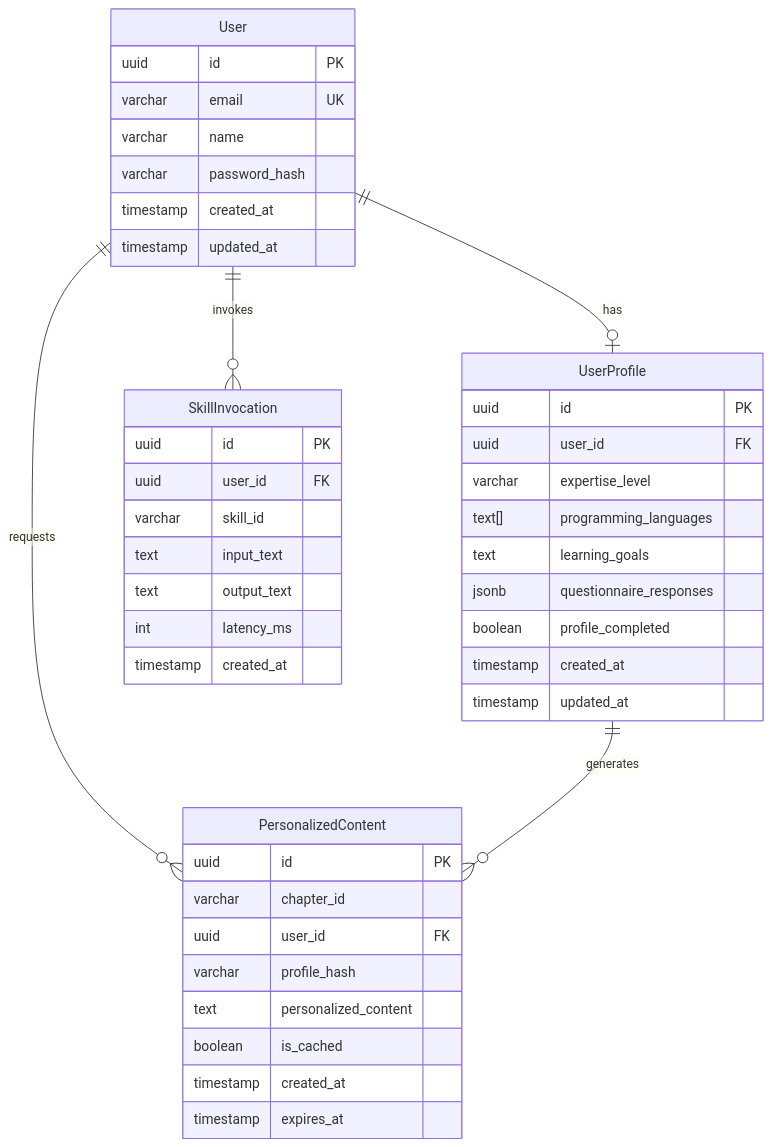
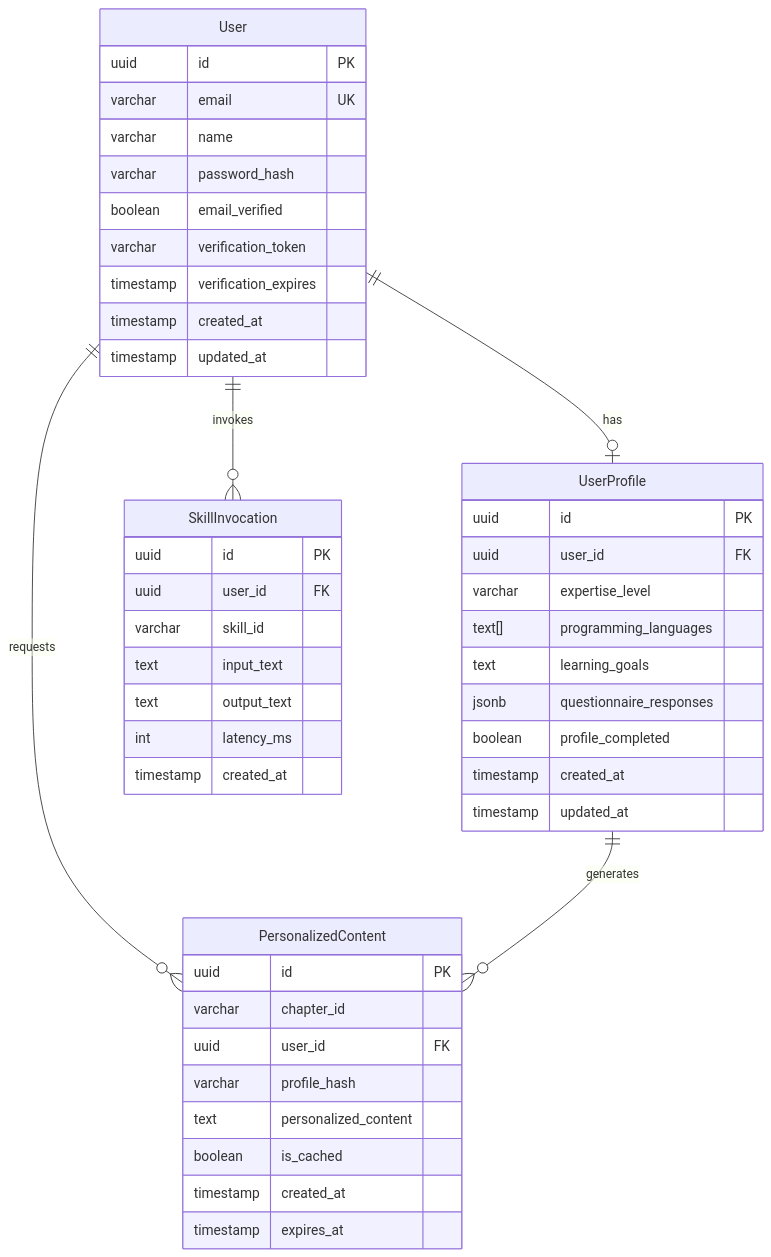
The diagram in specs/intelligent-personalization-auth/data-model.md (Rooh-U-Din/humanoid-book), drawn with Mermaid before and after one commit. The commit also changed other lines of this file and 65 other files, not shown here.

````diff
--- a/specs/intelligent-personalization-auth/data-model.md
+++ b/specs/intelligent-personalization-auth/data-model.md
@@ -9,49 +15,52 @@
 ```mermaid
 erDiagram
     User ||--o| UserProfile : has
     User ||--o{ PersonalizedContent : requests
     UserProfile ||--o{ PersonalizedContent : generates
     User ||--o{ SkillInvocation : invokes
 
     User {
         uuid id PK
         varchar email UK
         varchar name
         varchar password_hash
+        boolean email_verified
+        varchar verification_token
+        timestamp verification_expires
         timestamp created_at
         timestamp updated_at
     }
 
     UserProfile {
         uuid id PK
         uuid user_id FK
         varchar expertise_level
         text[] programming_languages
         text learning_goals
         jsonb questionnaire_responses
         boolean profile_completed
         timestamp created_at
         timestamp updated_at
     }
 
     PersonalizedContent {
         uuid id PK
         varchar chapter_id
         uuid user_id FK
         varchar profile_hash
         text personalized_content
         boolean is_cached
         timestamp created_at
         timestamp expires_at
     }
 
     SkillInvocation {
         uuid id PK
         uuid user_id FK
         varchar skill_id
         text input_text
         text output_text
         int latency_ms
         timestamp created_at
     }
 ```
````
